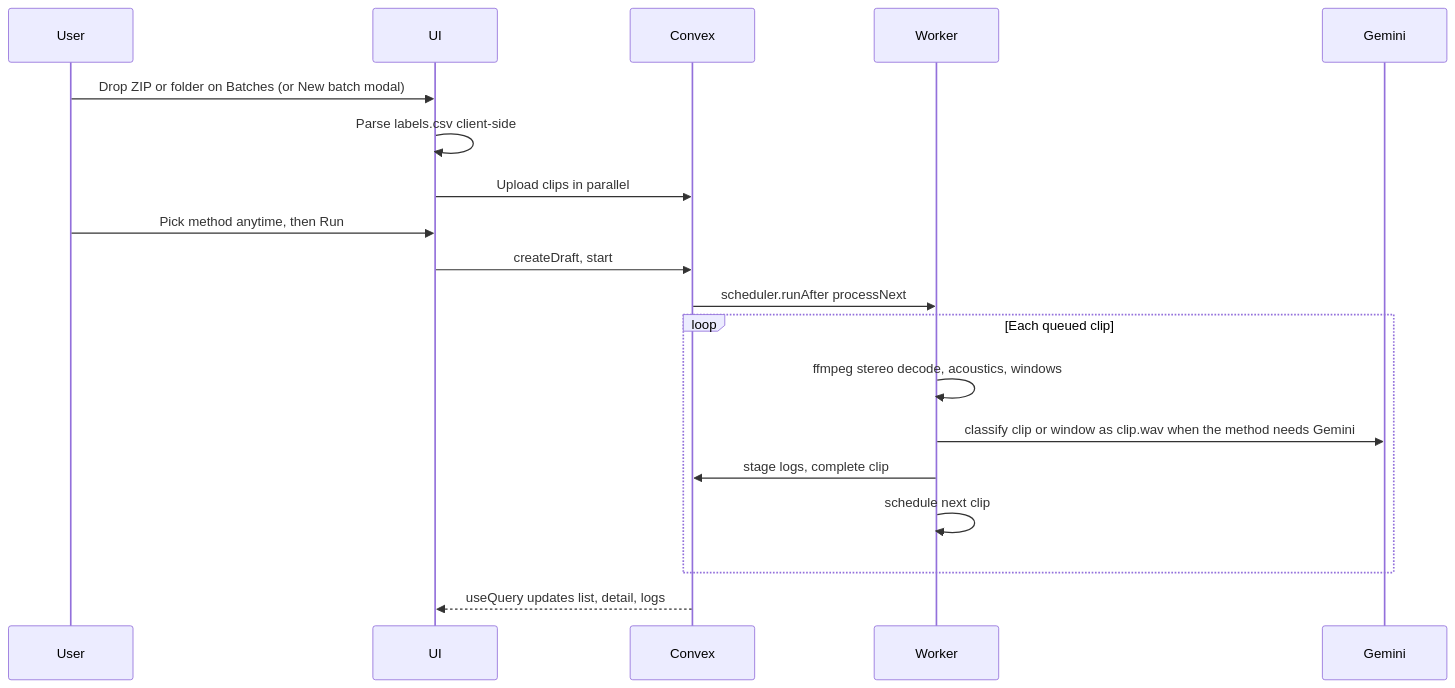
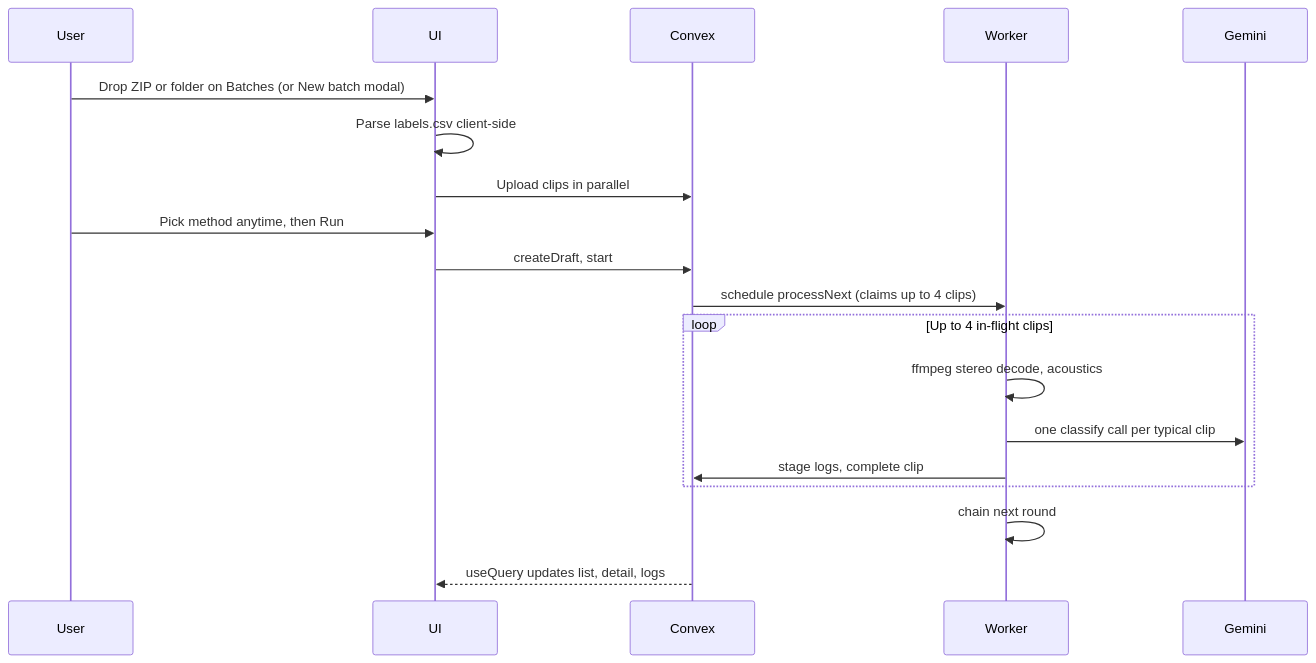
Before and after one commit to ftsaylon/autoace-voice-trial: the second of 2 diagrams in docs/ARCHITECTURE.md, drawn with Mermaid. The commit also changed other lines of this file and 16 other files, not shown here.

First line of the commit message:
Speed batches with one Gemini call and four in-flight clips.

````diff
--- a/docs/ARCHITECTURE.md
+++ b/docs/ARCHITECTURE.md
@@ -57,22 +57,22 @@
 ```mermaid
 sequenceDiagram
   participant User
   participant UI
   participant Convex
   participant Worker
   participant Gemini
 
   User->>UI: Drop ZIP or folder on Batches (or New batch modal)
   UI->>UI: Parse labels.csv client-side
   UI->>Convex: Upload clips in parallel
   User->>UI: Pick method anytime, then Run
   UI->>Convex: createDraft, start
-  Convex->>Worker: scheduler.runAfter processNext
-  loop Each queued clip
-    Worker->>Worker: ffmpeg stereo decode, acoustics, windows
-    Worker->>Gemini: classify clip or window as clip.wav when the method needs Gemini
+  Convex->>Worker: schedule processNext (claims up to 4 clips)
+  loop Up to 4 in-flight clips
+    Worker->>Worker: ffmpeg stereo decode, acoustics
+    Worker->>Gemini: one classify call per typical clip
     Worker->>Convex: stage logs, complete clip
-    Worker->>Worker: schedule next clip
   end
+  Worker->>Worker: chain next round
   Convex-->>UI: useQuery updates list, detail, logs
 ```
````
